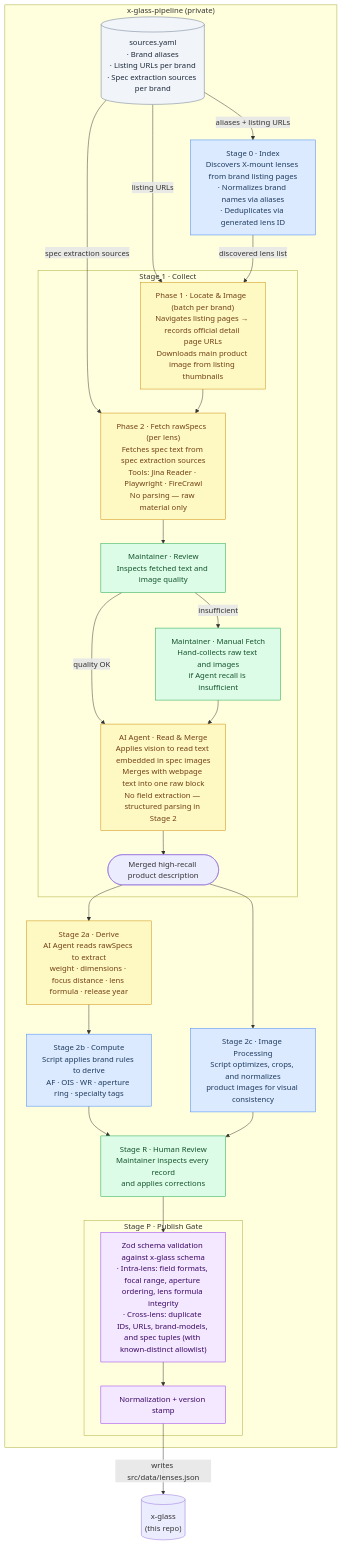
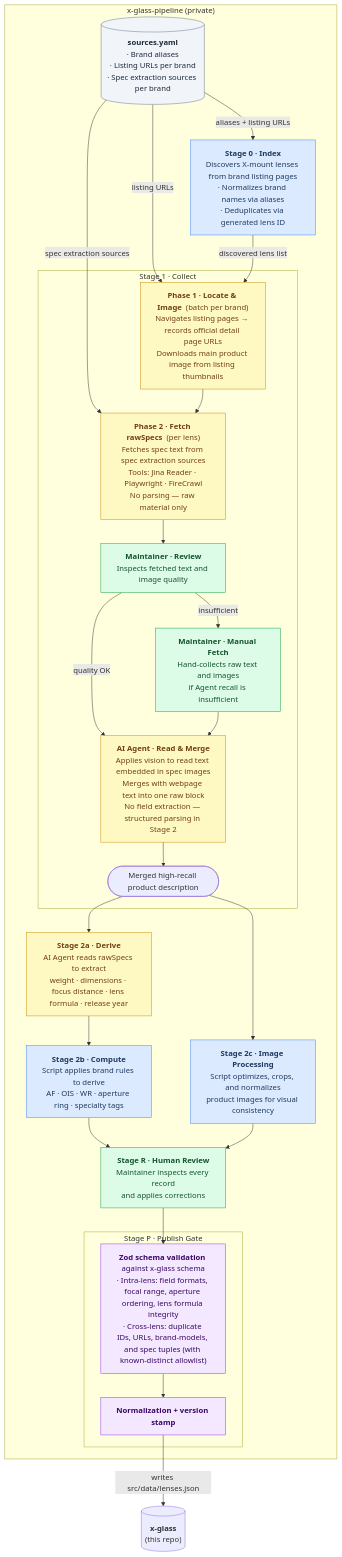
One commit to sentacraft/x-glass changed the diagram in docs/pipeline.md. Above: the diagram before and after it, drawn with Mermaid. The commit also changed 1 other file, not shown here.

Commit message:
docs(pipeline): bold node titles in Mermaid diagram for visual hierarchy

````diff
--- a/docs/pipeline.md
+++ b/docs/pipeline.md
@@ -5,56 +5,56 @@
 ```mermaid
 flowchart TD
   subgraph pipeline["x-glass-pipeline (private)"]
-    SOURCES[("sources.yaml\n· Brand aliases\n· Listing URLs per brand\n· Spec extraction sources per brand")]
+    SOURCES[("<b>sources.yaml</b><br/>· Brand aliases<br/>· Listing URLs per brand<br/>· Spec extraction sources per brand")]
 
-    S0["Stage 0 · Index\nDiscovers X-mount lenses from brand listing pages\n· Normalizes brand names via aliases\n· Deduplicates via generated lens ID"]
+    S0["<b>Stage 0 · Index</b><br/>Discovers X-mount lenses from brand listing pages<br/>· Normalizes brand names via aliases<br/>· Deduplicates via generated lens ID"]
 
     subgraph s1["Stage 1 · Collect"]
-      S1p1["Phase 1 · Locate & Image  (batch per brand)\nNavigates listing pages → records official detail page URLs\nDownloads main product image from listing thumbnails"]
-      S1p2["Phase 2 · Fetch rawSpecs  (per lens)\nFetches spec text from spec extraction sources\nTools: Jina Reader · Playwright · FireCrawl\nNo parsing — raw material only"]
-      S1r["Maintainer · Review\nInspects fetched text and image quality"]
-      S1h["Maintainer · Manual Fetch\nHand-collects raw text and images\nif Agent recall is insufficient"]
-      S1b["AI Agent · Read & Merge\nApplies vision to read text embedded in spec images\nMerges with webpage text into one raw block\nNo field extraction — structured parsing in Stage 2"]
+      S1p1["<b>Phase 1 · Locate & Image</b>  (batch per brand)<br/>Navigates listing pages → records official detail page URLs<br/>Downloads main product image from listing thumbnails"]
+      S1p2["<b>Phase 2 · Fetch rawSpecs</b>  (per lens)<br/>Fetches spec text from spec extraction sources<br/>Tools: Jina Reader · Playwright · FireCrawl<br/>No parsing — raw material only"]
+      S1r["<b>Maintainer · Review</b><br/>Inspects fetched text and image quality"]
+      S1h["<b>Maintainer · Manual Fetch</b><br/>Hand-collects raw text and images<br/>if Agent recall is insufficient"]
+      S1b["<b>AI Agent · Read & Merge</b><br/>Applies vision to read text embedded in spec images<br/>Merges with webpage text into one raw block<br/>No field extraction — structured parsing in Stage 2"]
       S1out(["Merged high-recall product description"])
     end
 
-    S2a["Stage 2a · Derive\nAI Agent reads rawSpecs to extract\nweight · dimensions · focus distance · lens formula · release year"]
-    S2b["Stage 2b · Compute\nScript applies brand rules to derive\nAF · OIS · WR · aperture ring · specialty tags"]
-    S2c["Stage 2c · Image Processing\nScript optimizes, crops, and normalizes\nproduct images for visual consistency"]
-    SR["Stage R · Human Review\nMaintainer inspects every record\nand applies corrections"]
+    S2a["<b>Stage 2a · Derive</b><br/>AI Agent reads rawSpecs to extract<br/>weight · dimensions · focus distance · lens formula · release year"]
+    S2b["<b>Stage 2b · Compute</b><br/>Script applies brand rules to derive<br/>AF · OIS · WR · aperture ring · specialty tags"]
+    S2c["<b>Stage 2c · Image Processing</b><br/>Script optimizes, crops, and normalizes<br/>product images for visual consistency"]
+    SR["<b>Stage R · Human Review</b><br/>Maintainer inspects every record<br/>and applies corrections"]
 
     subgraph sp["Stage P · Publish Gate"]
-      SP1["Zod schema validation against x-glass schema\n· Intra-lens: field formats, focal range, aperture ordering, lens formula integrity\n· Cross-lens: duplicate IDs, URLs, brand-models, and spec tuples (with known-distinct allowlist)"]
-      SP2["Normalization + version stamp"]
+      SP1["<b>Zod schema validation</b> against x-glass schema<br/>· Intra-lens: field formats, focal range, aperture ordering, lens formula integrity<br/>· Cross-lens: duplicate IDs, URLs, brand-models, and spec tuples (with known-distinct allowlist)"]
+      SP2["<b>Normalization + version stamp</b>"]
     end
   end
 
   SOURCES -->|"aliases + listing URLs"| S0
   SOURCES -->|"listing URLs"| S1p1
   SOURCES -->|"spec extraction sources"| S1p2
   S0 -->|"discovered lens list"| S1p1
   S1p1 --> S1p2
   S1p2 --> S1r
   S1r -->|"quality OK"| S1b
   S1r -->|"insufficient"| S1h
   S1h --> S1b
   S1b --> S1out
   S1out --> S2a & S2c
   S2a --> S2b
   S2b & S2c --> SR
   SR --> SP1
   SP1 --> SP2
-  SP2 -->|"writes src/data/lenses.json"| DB[("x-glass\n(this repo)")]
+  SP2 -->|"writes src/data/lenses.json"| DB[("<b>x-glass</b><br/>(this repo)")]
 
   classDef script fill:#dbeafe,stroke:#3b82f6,color:#1e3a5f
   classDef agent fill:#fef9c3,stroke:#ca8a04,color:#713f12
   classDef human fill:#dcfce7,stroke:#16a34a,color:#14532d
   classDef gate fill:#f3e8ff,stroke:#9333ea,color:#3b0764
   classDef config fill:#f1f5f9,stroke:#64748b,color:#1e293b
 
   class S0,S2b,S2c script
   class S1p1,S1p2,S1b,S2a agent
   class S1r,S1h,SR human
   class SP1,SP2 gate
   class SOURCES config
 ```
````
